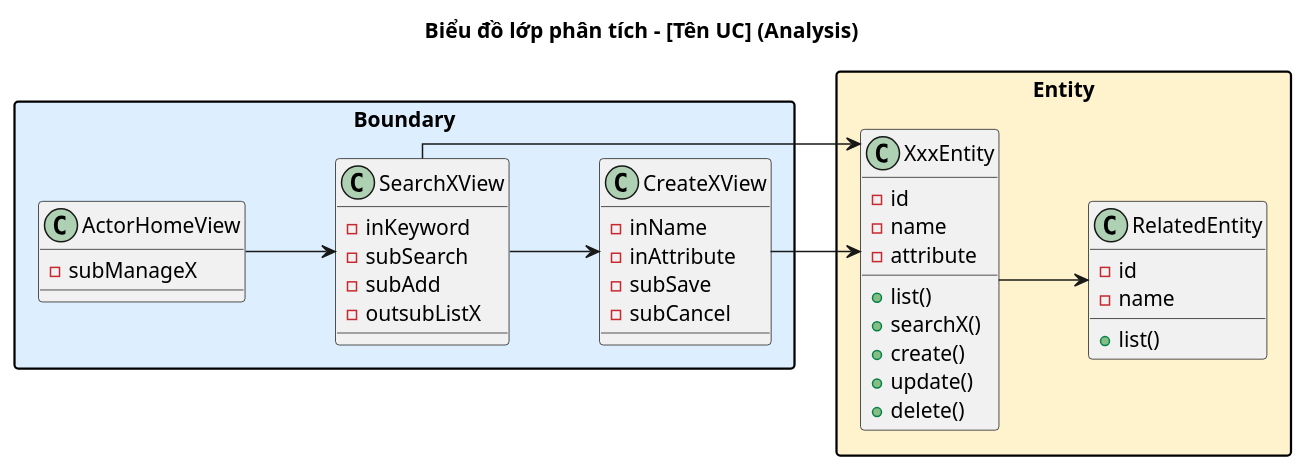
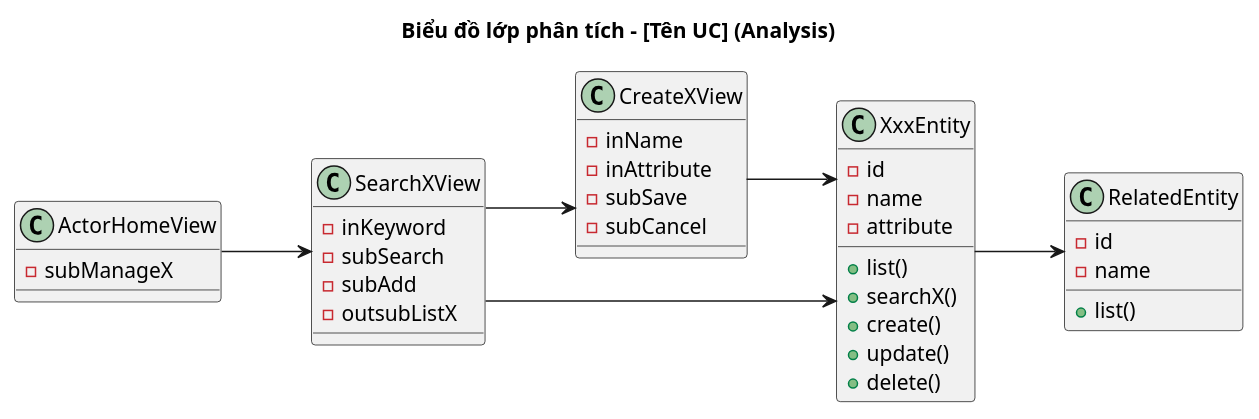
Before and after one commit to thanhtrnnn/cnpm: the first of 2 diagrams in .claude/skills/cnpm/references/ii.3_sodo_lop_phantich.md, drawn with PlantUML. The commit also changed other lines of this file and 5 other files, not shown here.

First line of the commit message:
feat: Dialog font, white boxes, no package colors in class diagrams

````diff
--- a/.claude/skills/cnpm/references/ii.3_sodo_lop_phantich.md
+++ b/.claude/skills/cnpm/references/ii.3_sodo_lop_phantich.md
@@ -69,51 +69,47 @@
 ```plantuml
 @startuml
 left to right direction
 skinparam linetype ortho
 skinparam packageStyle rectangle
 
 title Biểu đồ lớp phân tích – [Tên UC] (Analysis)
 
-package "Boundary" #DDEEFF {
-  class ActorHomeView {
-    -subManageX
-  }
-  class SearchXView {
-    -inKeyword
-    -subSearch
-    -subAdd
-    -outsubListX
-  }
-  class CreateXView {
-    -inName
-    -inAttribute
-    -subSave
-    -subCancel
-  }
+class ActorHomeView {
+  -subManageX
+}
+class SearchXView {
+  -inKeyword
+  -subSearch
+  -subAdd
+  -outsubListX
+}
+class CreateXView {
+  -inName
+  -inAttribute
+  -subSave
+  -subCancel
 }
 
-package "Entity" #FFF3CD {
-  class XxxEntity {
-    -id
-    -name
-    -attribute
-    +list()
-    +searchX()
-    +create()
-    +update()
-    +delete()
-  }
-  class RelatedEntity {
-    -id
-    -name
-    +list()
-  }
+class XxxEntity {
+  -id
+  -name
+  -attribute
+  +list()
+  +searchX()
+  +create()
+  +update()
+  +delete()
+}
+class RelatedEntity {
+  -id
+  -name
+  +list()
 }
 
 ActorHomeView --> SearchXView
 SearchXView --> CreateXView
 SearchXView --> XxxEntity
 CreateXView --> XxxEntity
 XxxEntity --> RelatedEntity
 @enduml
 ```
````
